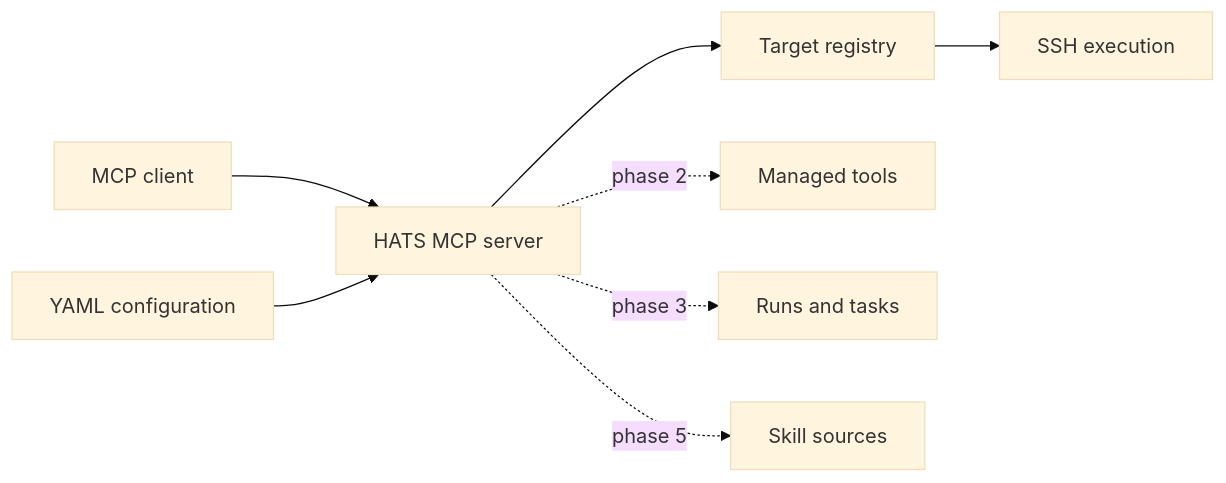
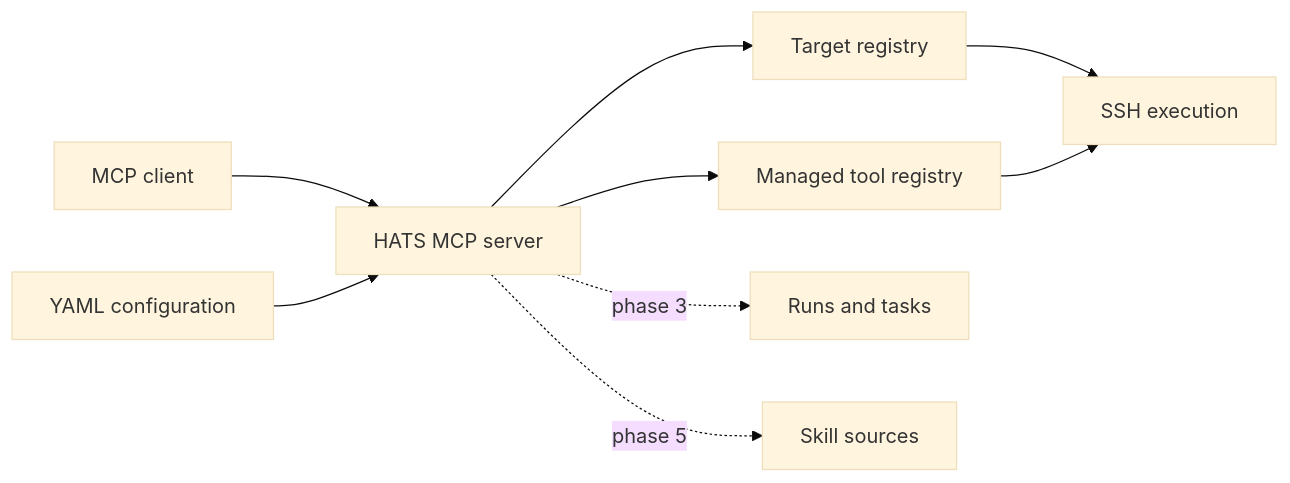
One commit to X1pheR/hypershell-reach changed the first of 4 diagrams in docs/architecture.md. Above: the diagram before and after it, drawn with Mermaid (base theme). The commit also changed other lines of this file and 13 other files, not shown here.

Commit message:
Add managed tool registry

````diff
--- a/docs/architecture.md
+++ b/docs/architecture.md
@@ -7,10 +7,11 @@
 ```mermaid
 flowchart LR
     Client[MCP client] --> Server[HATS MCP server]
     Config[YAML configuration] --> Server
     Server --> Targets[Target registry]
+    Server --> Tools[Managed tool registry]
     Targets --> SSH[SSH execution]
-    Server -. phase 2 .-> Tools[Managed tools]
+    Tools --> SSH
     Server -. phase 3 .-> State[Runs and tasks]
     Server -. phase 5 .-> Skills[Skill sources]
 ```
````
